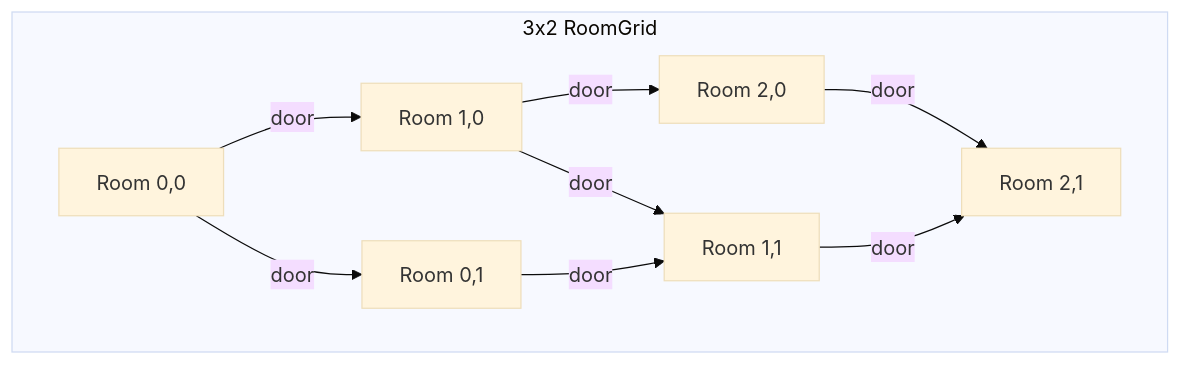
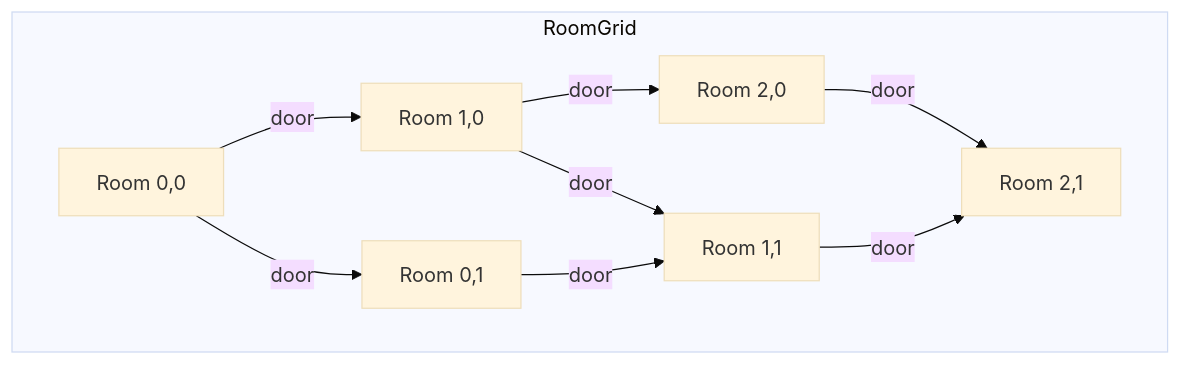
The sixth of 6 diagrams in docs/content/architecture.md (alexandermfisher/minigrid), drawn with Mermaid (base theme) before and after one commit. The commit also changed other lines of this file, not shown here.

First line of the commit message:
Simplify Mermaid labels to single lines to fix rendering

````diff
--- a/docs/content/architecture.md
+++ b/docs/content/architecture.md
@@ -179,12 +139,12 @@
 ```{mermaid}
 graph TD
-    subgraph GRID [3x2 RoomGrid]
+    subgraph RoomGrid
         R00[Room 0,0] -->|door| R10[Room 1,0]
         R10 -->|door| R20[Room 2,0]
         R00 -->|door| R01[Room 0,1]
         R10 -->|door| R11[Room 1,1]
         R20 -->|door| R21[Room 2,1]
         R01 -->|door| R11
         R11 -->|door| R21
     end
 ```
````
